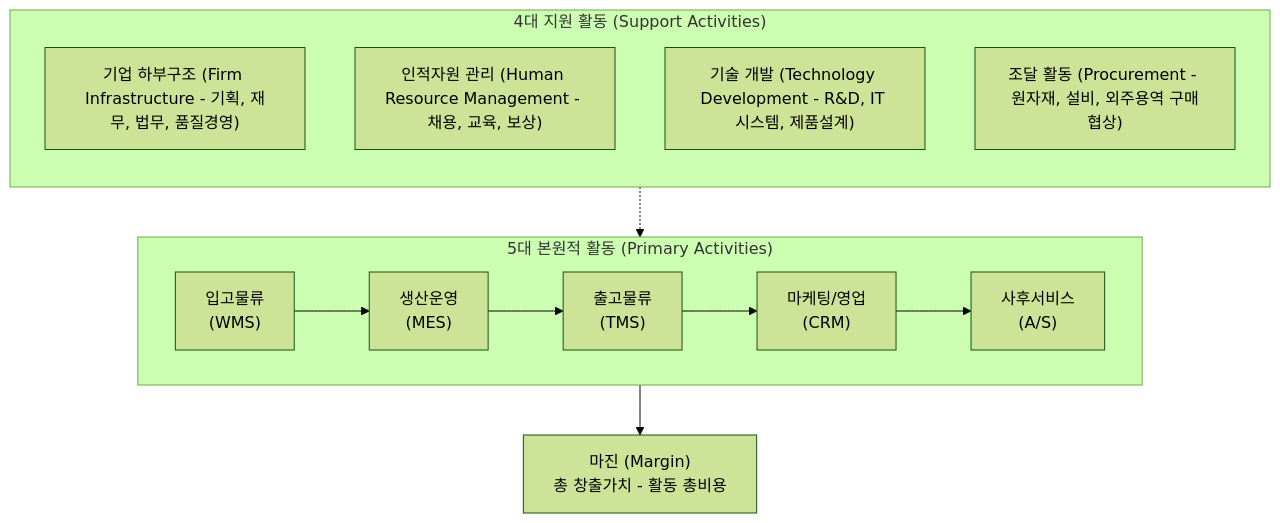
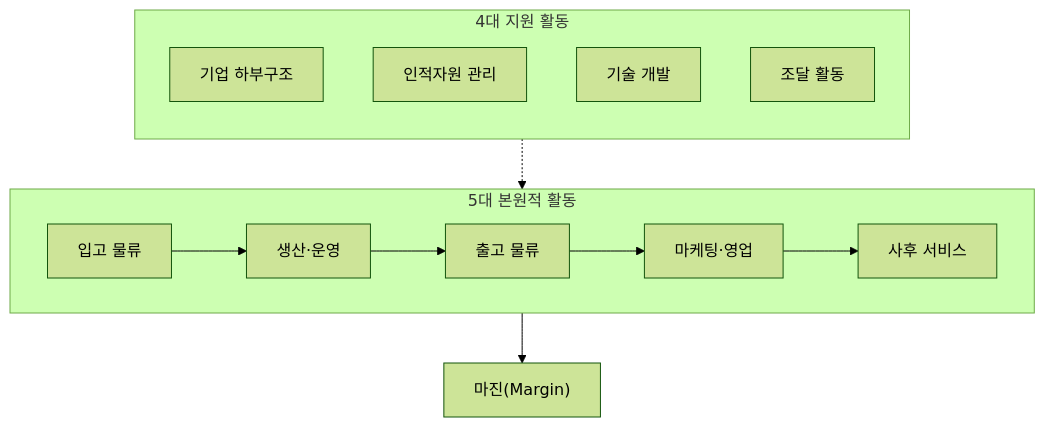
One commit to agnusdei1207/study changed the first of 2 diagrams in src/content/docs/notes/itpe/01-it-strategy/072_value_chain.md. Above: the diagram before and after it, drawn with Mermaid (forest theme). The commit also changed other lines of this file and 19 other files, not shown here.

````diff
--- a/src/content/docs/notes/itpe/01-it-strategy/072_value_chain.md
+++ b/src/content/docs/notes/itpe/01-it-strategy/072_value_chain.md
@@ -55,18 +55,18 @@
 ```mermaid
 flowchart TD
-    subgraph SUP["4대 지원 활동 (Support Activities)"]
+    subgraph SUP["4대 지원 활동"]
         direction TB
-        S1["기업 하부구조 (Firm Infrastructure - 기획, 재무, 법무, 품질경영)"]
-        S2["인적자원 관리 (Human Resource Management - 채용, 교육, 보상)"]
-        S3["기술 개발 (Technology Development - R&D, IT 시스템, 제품설계)"]
-        S4["조달 활동 (Procurement - 원자재, 설비, 외주용역 구매협상)"]
+        S1["기업 하부구조"]
+        S2["인적자원 관리"]
+        S3["기술 개발"]
+        S4["조달 활동"]
     end
 
-    subgraph PRI["5대 본원적 활동 (Primary Activities)"]
+    subgraph PRI["5대 본원적 활동"]
         direction LR
-        P1["입고물류<br/>(WMS)"] --> P2["생산운영<br/>(MES)"] --> P3["출고물류<br/>(TMS)"] --> P4["마케팅/영업<br/>(CRM)"] --> P5["사후서비스<br/>(A/S)"]
+        P1["입고 물류"] --> P2["생산·운영"] --> P3["출고 물류"] --> P4["마케팅·영업"] --> P5["사후 서비스"]
     end
 
     SUP -.-> PRI
-    PRI --> MARGIN["마진 (Margin)<br/>총 창출가치 - 활동 총비용"]
+    PRI --> MARGIN["마진(Margin)"]
 ```
````
